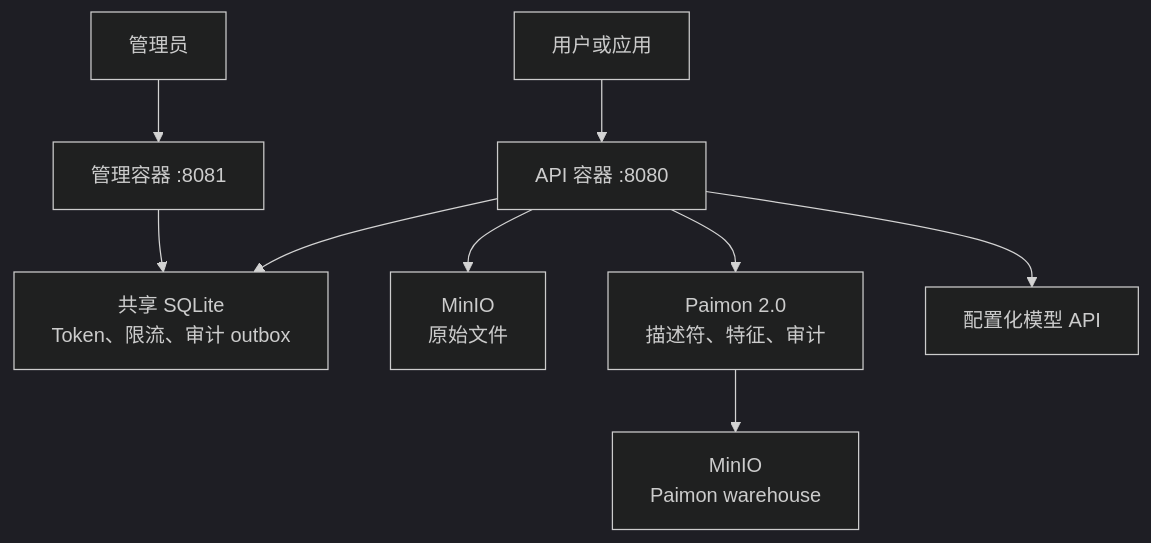
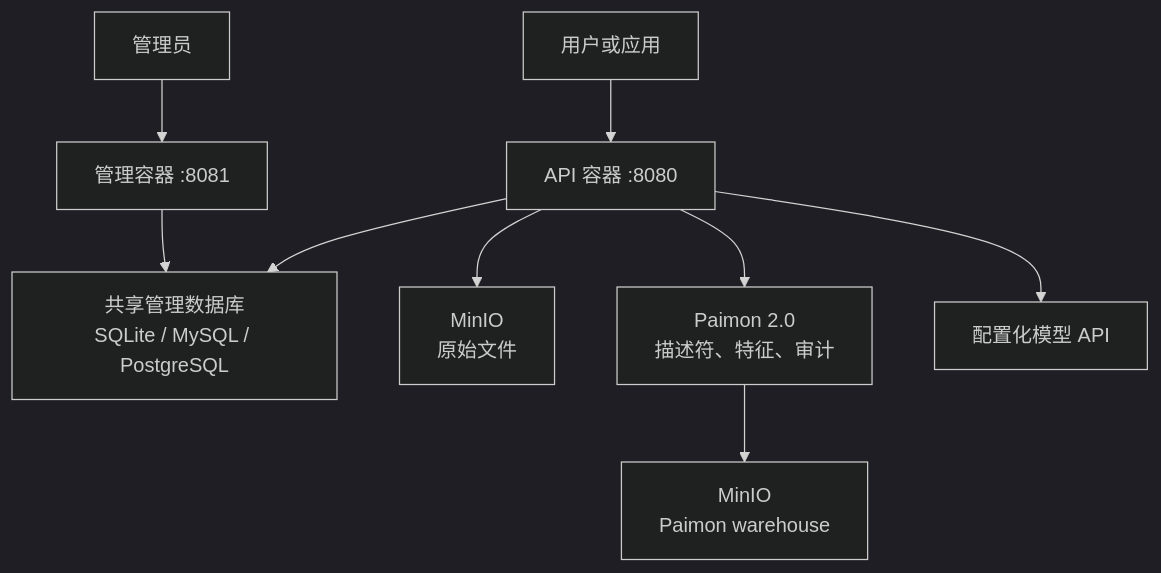
One commit to schoIarw/morphlake changed the diagram in README.md. Above: the diagram before and after it, drawn with Mermaid (dark theme). The commit also changed other lines of this file and 30 other files, not shown here.

First line of the commit message:
feat: add MySQL and PostgreSQL management stores

````diff
--- a/README.md
+++ b/README.md
@@ -19,11 +19,11 @@
 ```mermaid
 flowchart TB
     C["用户或应用"] --> A["API 容器 :8080"]
     U["管理员"] --> D["管理容器 :8081"]
-    A --> S["共享 SQLite<br/>Token、限流、审计 outbox"]
+    A --> S["共享管理数据库<br/>SQLite / MySQL / PostgreSQL"]
     D --> S
     A --> M["MinIO<br/>原始文件"]
     A --> P["Paimon 2.0<br/>描述符、特征、审计"]
     A --> G["配置化模型 API"]
     P --> W["MinIO<br/>Paimon warehouse"]
 ```
````
